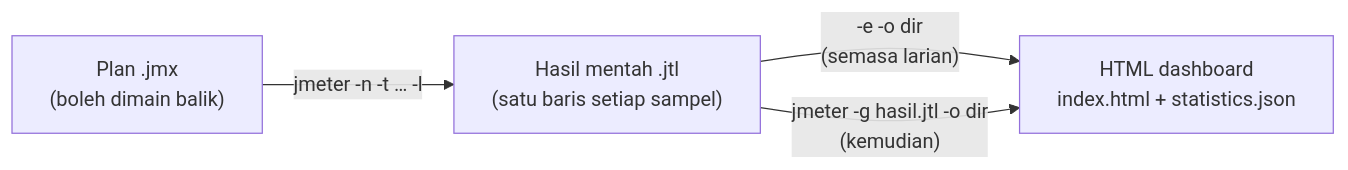
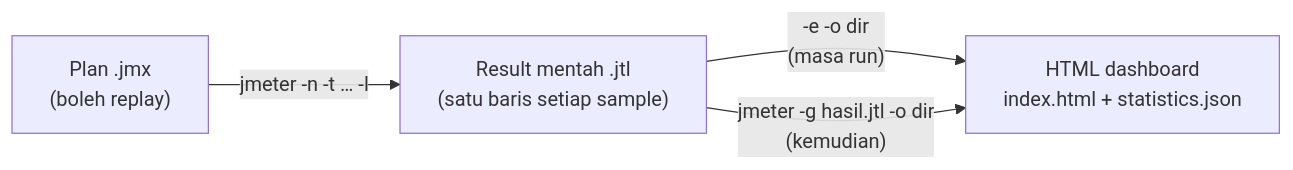
Before and after one commit to habibtalib/jmeter-2-days-training: the first of 2 diagrams in hari-2/README.md, drawn with Mermaid. The commit also changed other lines of this file and 9 other files, not shown here.

````diff
--- a/hari-2/README.md
+++ b/hari-2/README.md
@@ -422,6 +422,6 @@
 ```mermaid
 flowchart LR
-    A["Plan .jmx<br/>(boleh dimain balik)"] -->|"jmeter -n -t … -l"| B["Hasil mentah .jtl<br/>(satu baris setiap sampel)"]
-    B -->|"-e -o dir<br/>(semasa larian)"| C["HTML dashboard<br/>index.html + statistics.json"]
+    A["Plan .jmx<br/>(boleh replay)"] -->|"jmeter -n -t … -l"| B["Result mentah .jtl<br/>(satu baris setiap sample)"]
+    B -->|"-e -o dir<br/>(masa run)"| C["HTML dashboard<br/>index.html + statistics.json"]
     B -->|"jmeter -g hasil.jtl -o dir<br/>(kemudian)"| C
 ```
````
